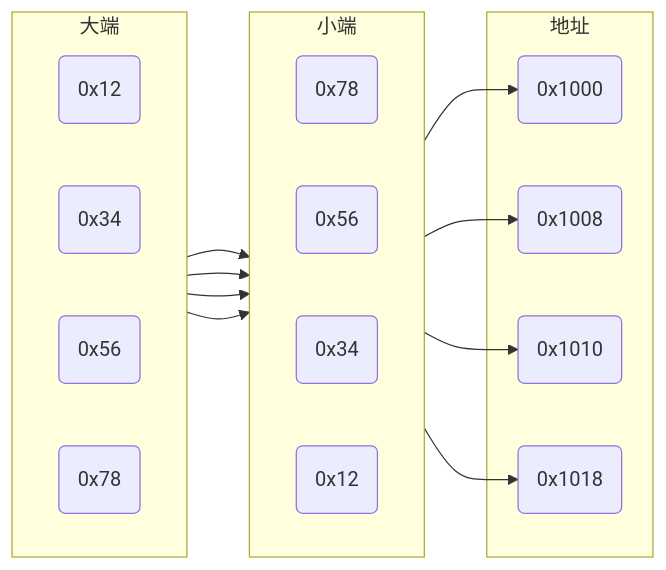
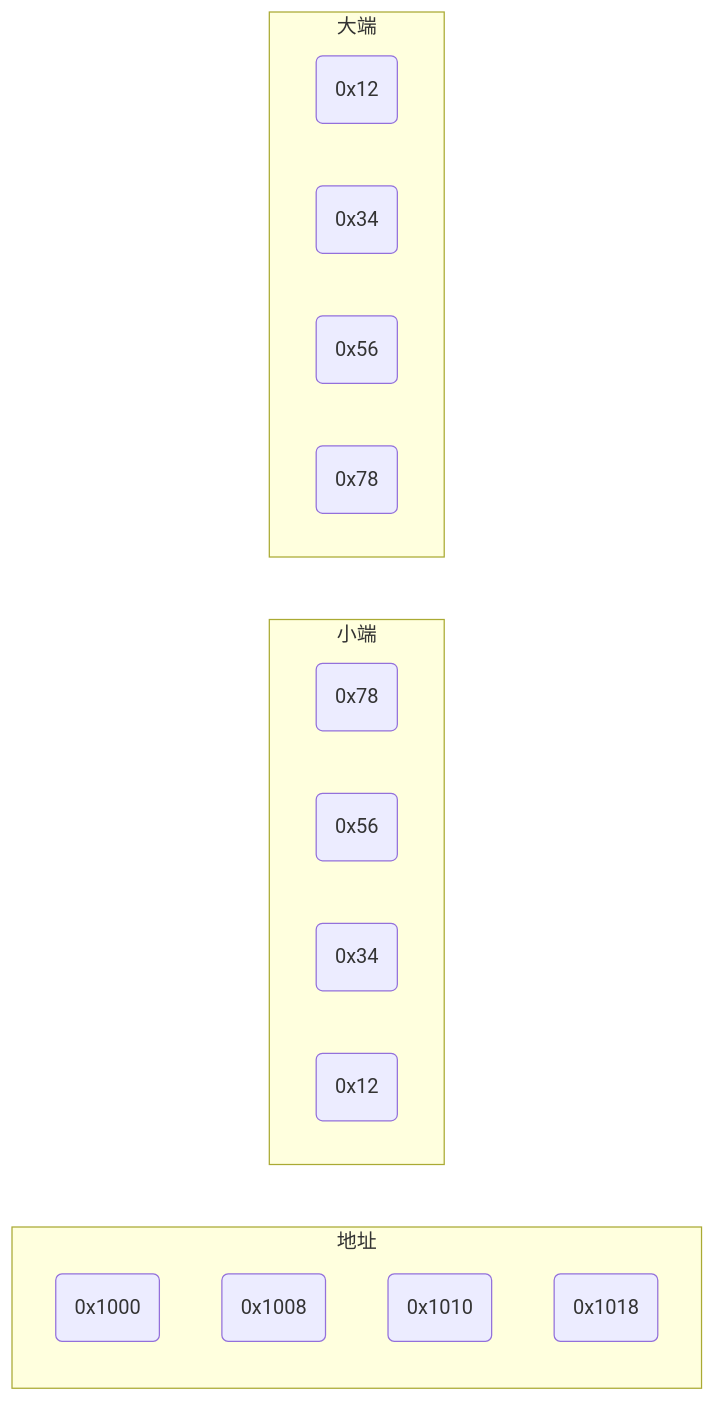
Before and after one commit to dmjcb/SelfBlog: the diagram in OS/2021-12-15-编码.md, drawn with Mermaid. The commit also changed other lines of this file and 224 other files, not shown here.

````diff
--- a/OS/2021-12-15-编码.md
+++ b/OS/2021-12-15-编码.md
@@ -15,30 +15,26 @@
 ```mermaid
 graph LR;
     subgraph A[地址]
         a1(0x1000)
         a2(0x1008)
         a3(0x1010)
         a4(0x1018)
     end
 
     subgraph S[小端]
         direction LR
         s1(0x78)
         s2(0x56)
         s3(0x34)
         s4(0x12)
     end
 
     subgraph B[大端]
         direction LR
         b1(0x12)
         b2(0x34)
         b3(0x56)
         b4(0x78)
     end
 
-    b1-->s1-->a1
-    b2-->s2-->a2
-    b3-->s3-->a3
-    b4-->s4-->a4
 ```
````
